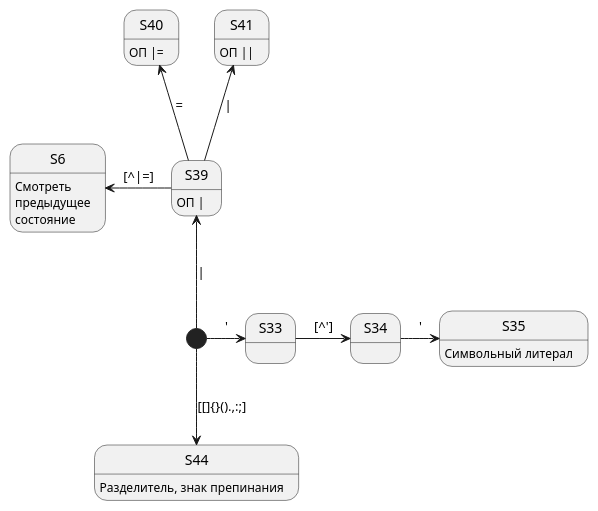
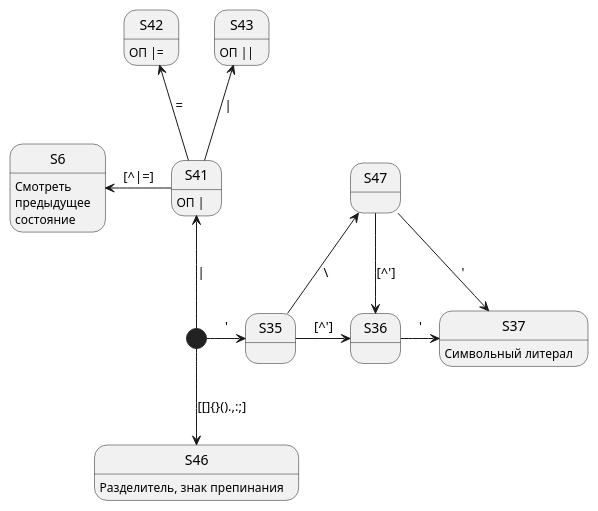
One commit to vladimirlll/CSharpLexicalAnalyzer changed the diagram in Диаграмма состояния для ЛА/sd6.puml. Above: the diagram before and after it, drawn with PlantUML. The commit also changed 24 other files, not shown here.

Commit message:
Диаграмма состояний изменена, переходы изменены. Работает нормально на коде анализатора

```diff
--- a/Диаграмма состояния для ЛА/sd6.puml
+++ b/Диаграмма состояния для ЛА/sd6.puml
@@ -1,21 +1,25 @@
 @startuml "sd6"
 
-[*] -right-> S33 : '
-S33 -right-> S34 : [^']
-S34 -right-> S35 : '
-S35 : Символьный литерал
+[*] -right-> S35 : '
+S35 -up-> S47 : \\
+S35 -right-> S36 : [^']
+S36 -right-> S37 : '
+S37 : Символьный литерал
 
-[*] -up-> S39 : |
-S39 -up-> S41 : |
-S39 -up-> S40 : =
-S40 : ОП |=
-S41 : ОП ||
-S39 : ОП |
-S39 -left-> S6 : [^|=]
+[*] -up-> S41 : |
+S41 -up-> S43 : |
+S41 -up-> S42 : =
+S42 : ОП |=
+S43 : ОП ||
+S41 : ОП |
+S41 -left-> S6 : [^|=]
 
-[*] --> S44 : [[]{}().,:;]
-S44 : Разделитель, знак препинания
+[*] --> S46 : [[]{}().,:;]
+S46 : Разделитель, знак препинания
+
+S47 -down-> S36 : [^']
+S47 -down-> S37 : '
 
 S6 : Смотреть\nпредыдущее\nсостояние
 
 @enduml
```
